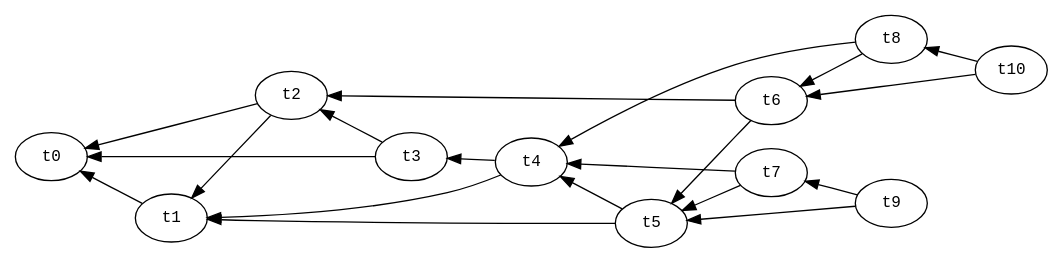
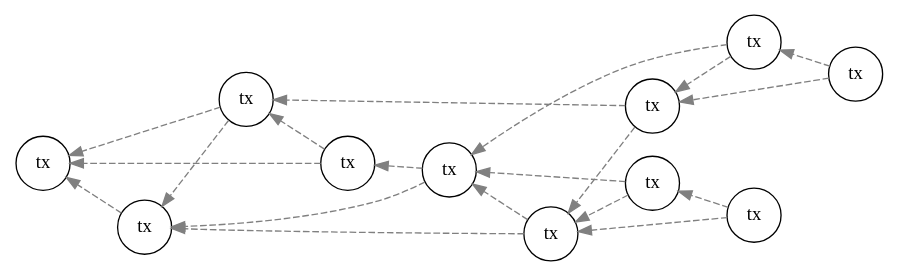
The diagram in graphs/direct-acyclic-graph.gv (sbagency/scouting_web3_technologies), drawn with Graphviz before and after one commit. The commit also changed 22 other files, not shown here.

```diff
--- a/graphs/direct-acyclic-graph.gv
+++ b/graphs/direct-acyclic-graph.gv
@@ -1,36 +1,52 @@
 digraph blockchain {
 rankdir=RL;
 
-node [fontname=Monospace,fontsize=12]
+node [shape=circle]
+
+edge [color=gray,style=dashed]
+
+"t0" [label="tx"];
+"t1" [label="tx"];
+"t2" [label="tx"];
+"t3" [label="tx"];
+"t4" [label="tx"];
+"t5" [label="tx"];
+"t6" [label="tx"];
+"t7" [label="tx"];
+"t8" [label="tx"];
+"t9" [label="tx"];
+"t10" [label="tx"];
+
+
 
 "t1" -> "t0"
 
 "t2" -> "t0"
 "t2" -> "t1"
 
 "t3" -> "t0"
 "t3" -> "t2"
 
 "t4" -> "t3"
 "t4" -> "t1"
 
 "t5" -> "t1"
 "t5" -> "t4"
 
 "t6" -> "t2"
 "t6" -> "t5"
 
 "t7" -> "t4"
 "t7" -> "t5"
 
 "t8" -> "t4"
 "t8" -> "t6"
 
 "t9" -> "t5"
 "t9" -> "t7"
 
 "t10" -> "t6"
 "t10" -> "t8"
 
 
 }
```
